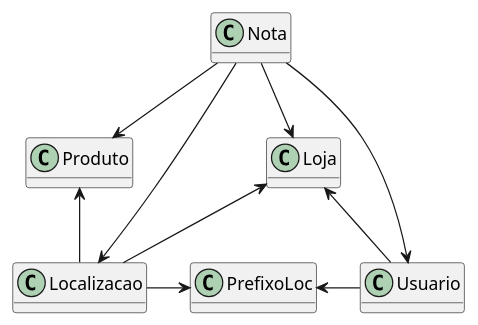
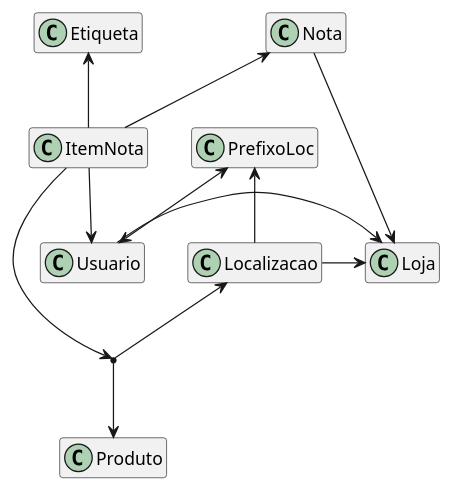
One commit to ivaneyvieira/engEstoque-Archive changed the diagram in diagramas/localizacoes.puml. Above: the diagram before and after it, drawn with PlantUML.

Commit message:
Diagrama de localizacoes

```diff
--- a/diagramas/localizacoes.puml
+++ b/diagramas/localizacoes.puml
@@ -1,15 +1,19 @@
 @startuml modelo
 hide methods
+hide members
 
 
-Usuario			-l->			PrefixoLoc
-Localizacao		-r->			PrefixoLoc
-Localizacao		-u->			Loja
-Localizacao		-u->			Produto
-Usuario			-u->			Loja
 
-Nota			-d->			Loja
-Nota			-d->			Usuario
-Nota			-d->			Localizacao
-Nota			-d->			Produto
+Usuario			<-l->		PrefixoLoc
+Localizacao		-u->		PrefixoLoc
+Localizacao		-r->		Loja
+Localizacao		<-u->		Produto
+Usuario			-r->		Loja
+
+ItemNota		-d->		Usuario
+ItemNota		-d->		(Localizacao, Produto)
+
+ItemNota		-u->		Nota
+Nota			-d->		Loja
+ItemNota		-u->		Etiqueta
 @enduml
```
